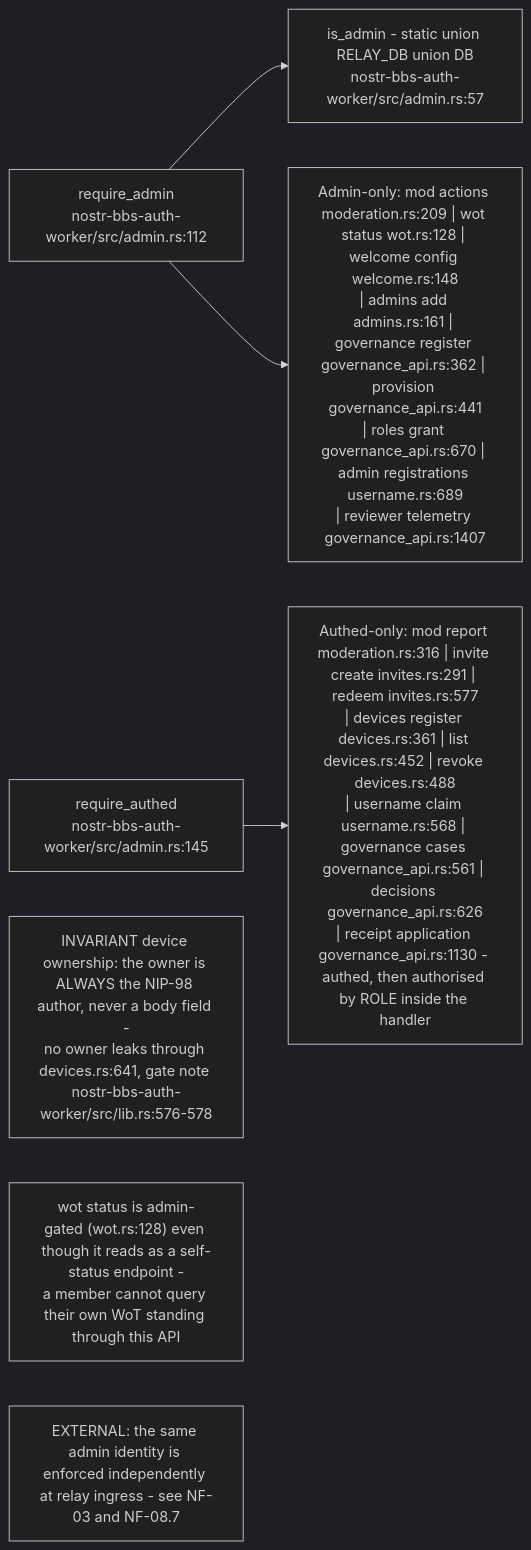
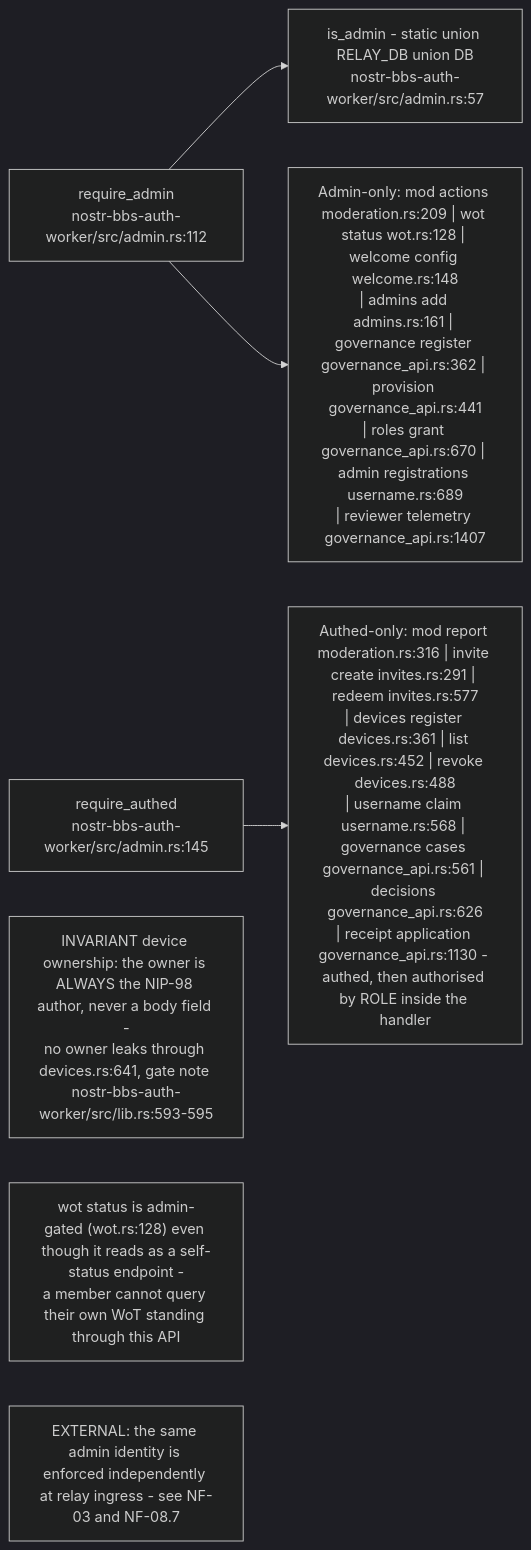
One commit to DreamLab-AI/VisionFlow changed the sixth of 9 diagrams in docs/diagrams/nostr-rust-forum/02-auth-worker-passkey-nip98-and-membership.md. Above: the diagram before and after it, drawn with Mermaid (dark theme). The commit also changed other lines of this file and 160 other files, not shown here.

````diff
--- a/docs/diagrams/nostr-rust-forum/02-auth-worker-passkey-nip98-and-membership.md
+++ b/docs/diagrams/nostr-rust-forum/02-auth-worker-passkey-nip98-and-membership.md
@@ -194,17 +202,17 @@
 ```mermaid
 flowchart LR
     RA["require_admin<br/>nostr-bbs-auth-worker/src/admin.rs:112"]
     RU["require_authed<br/>nostr-bbs-auth-worker/src/admin.rs:145"]
     ISA["is_admin - static union RELAY_DB union DB<br/>nostr-bbs-auth-worker/src/admin.rs:57"]
 
     RA --> ISA
     ADMINONLY["Admin-only: mod actions moderation.rs:209 | wot status wot.rs:128 | welcome config welcome.rs:148<br/>| admins add admins.rs:161 | governance register governance_api.rs:362 | provision governance_api.rs:441<br/>| roles grant governance_api.rs:670 | admin registrations username.rs:689<br/>| reviewer telemetry governance_api.rs:1407"]
     AUTHED["Authed-only: mod report moderation.rs:316 | invite create invites.rs:291 | redeem invites.rs:577<br/>| devices register devices.rs:361 | list devices.rs:452 | revoke devices.rs:488<br/>| username claim username.rs:568 | governance cases governance_api.rs:561 | decisions governance_api.rs:626<br/>| receipt application governance_api.rs:1130 - authed, then authorised by ROLE inside the handler"]
 
     RA --> ADMINONLY
     RU --> AUTHED
 
-    N1["INVARIANT device ownership: the owner is ALWAYS the NIP-98 author, never a body field -<br/>no owner leaks through devices.rs:641, gate note nostr-bbs-auth-worker/src/lib.rs:576-578"]
+    N1["INVARIANT device ownership: the owner is ALWAYS the NIP-98 author, never a body field -<br/>no owner leaks through devices.rs:641, gate note nostr-bbs-auth-worker/src/lib.rs:593-595"]
     N2["wot status is admin-gated (wot.rs:128) even though it reads as a self-status endpoint -<br/>a member cannot query their own WoT standing through this API"]
     N3["EXTERNAL: the same admin identity is enforced independently at relay ingress - see NF-03 and NF-08.7"]
 ```
````
